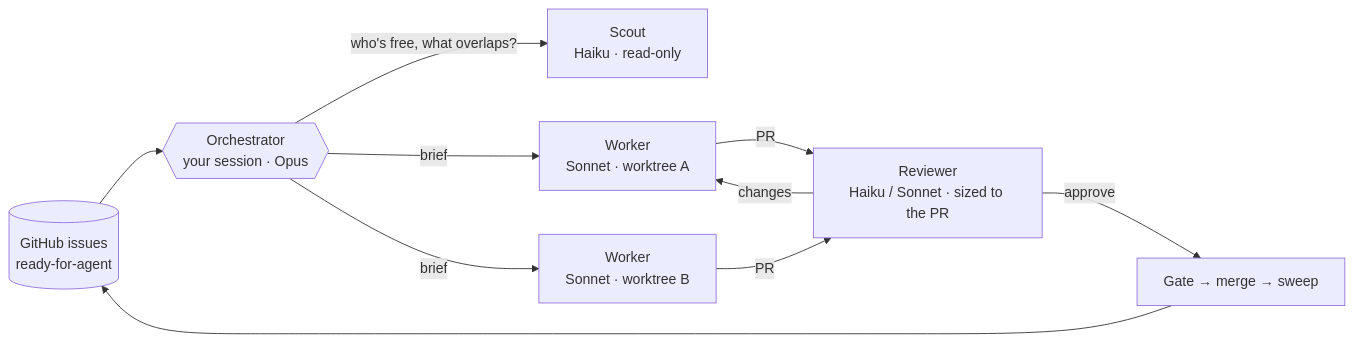
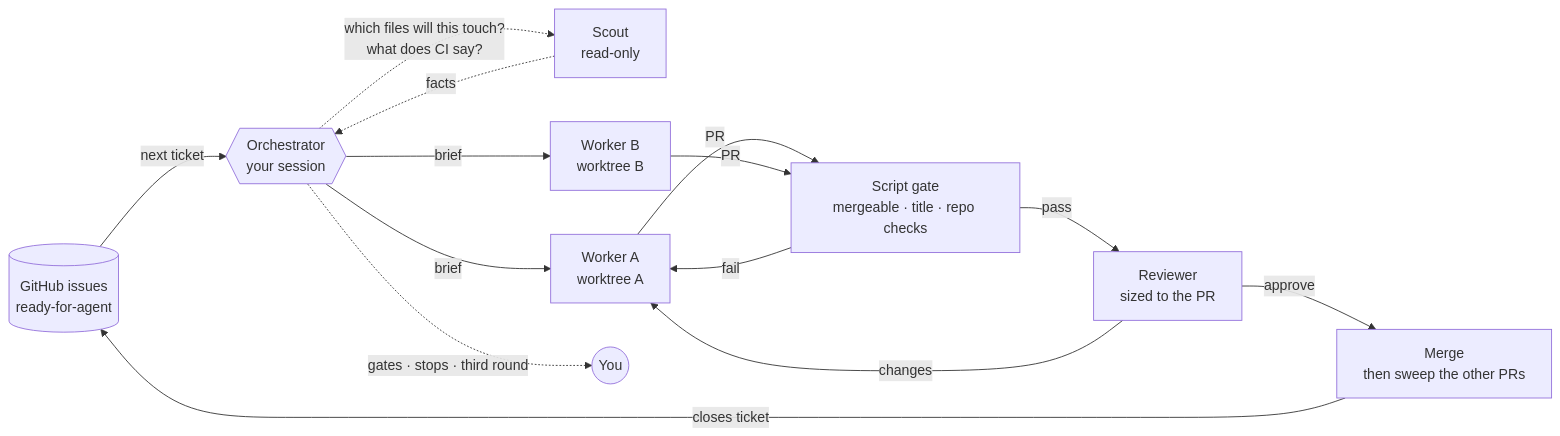
Before and after one commit to shrujancheruku/claude-orchestrate: the first of 4 diagrams in README.md, drawn with Mermaid. The commit also changed other lines of this file, not shown here.

````diff
--- a/README.md
+++ b/README.md
@@ -68,13 +39,17 @@
 ```mermaid
 flowchart LR
-    T[("GitHub issues<br/>ready-for-agent")] --> O
-    O{{"Orchestrator<br/>your session · Opus"}}
-    O -- "who's free, what overlaps?" --> S["Scout<br/>Haiku · read-only"]
-    O -- "brief" --> W1["Worker<br/>Sonnet · worktree A"]
-    O -- "brief" --> W2["Worker<br/>Sonnet · worktree B"]
-    W1 -- PR --> R["Reviewer<br/>Haiku / Sonnet · sized to the PR"]
-    W2 -- PR --> R
-    R -- "changes" --> W1
-    R -- "approve" --> M["Gate → merge → sweep"]
-    M --> T
+    T[("GitHub issues<br/>ready-for-agent")] -->|"next ticket"| O
+    O{{"Orchestrator<br/>your session"}}
+    O -.->|"which files will this touch?<br/>what does CI say?"| S["Scout<br/>read-only"]
+    S -.->|facts| O
+    O -->|brief| W1["Worker A<br/>worktree A"]
+    O -->|brief| W2["Worker B<br/>worktree B"]
+    W1 -->|PR| G["Script gate<br/>mergeable · title · repo checks"]
+    W2 -->|PR| G
+    G -->|pass| R["Reviewer<br/>sized to the PR"]
+    G -->|fail| W1
+    R -->|changes| W1
+    R -->|approve| M["Merge<br/>then sweep the other PRs"]
+    M -->|closes ticket| T
+    O -. "gates · stops · third round" .-> You(("You"))
 ```
````
